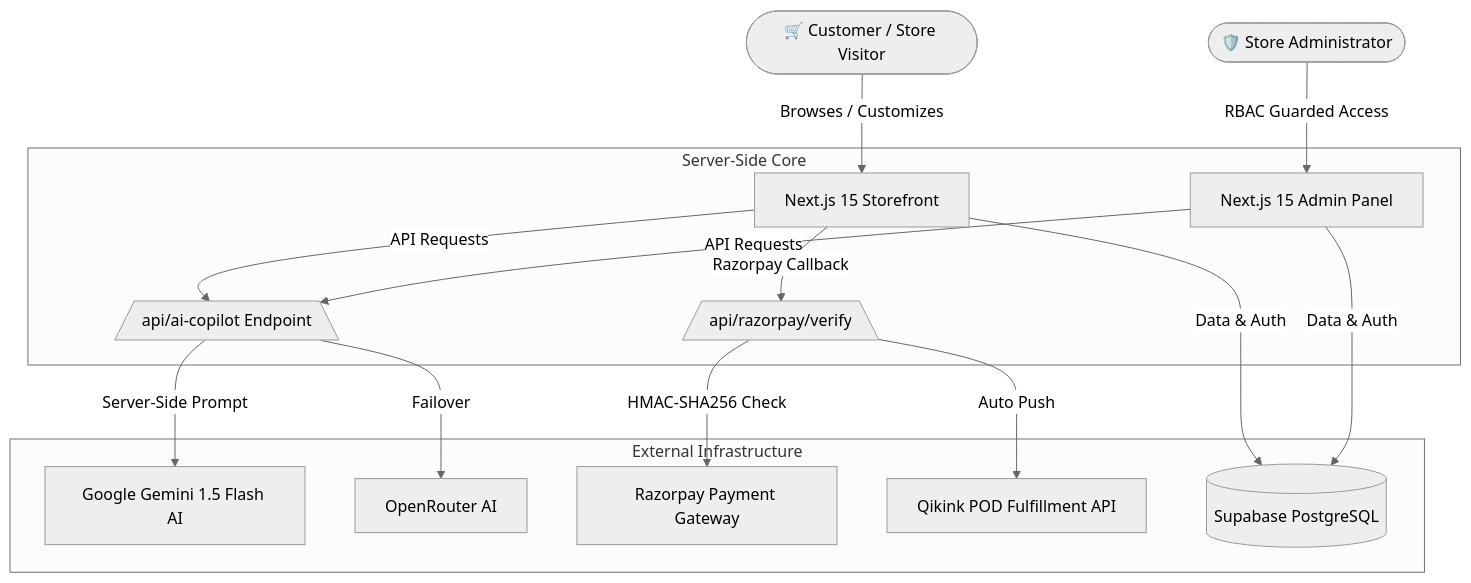
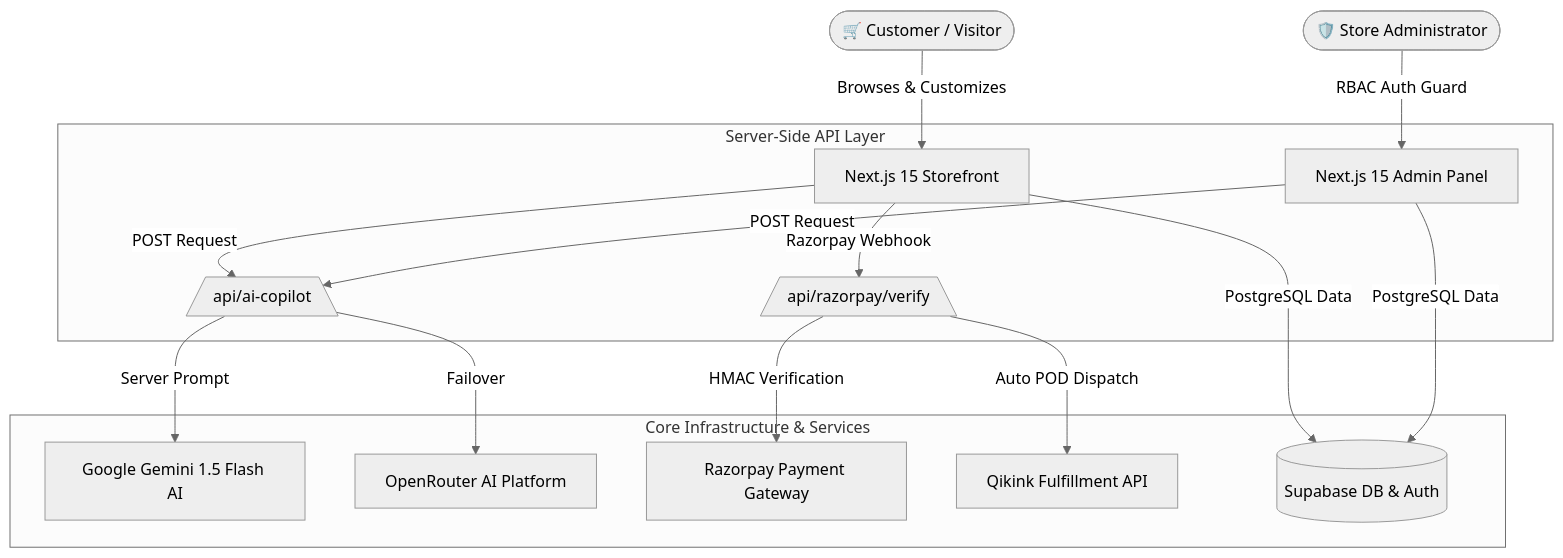
The diagram in README.md (Sohan-DevSpace/SohanCanSolo), drawn with Mermaid (neutral theme) before and after one commit. The commit also changed other lines of this file and 28 other files, not shown here.

Commit message:
feat: complete UI polish, Gemini 2.5 Flash OCR, dual Men & Women taxonomy, SVG logo, and production hackathon hardening

````diff
--- a/README.md
+++ b/README.md
@@ -93,20 +183,20 @@
 ```mermaid
 graph TD
-    User([🛒 Customer / Store Visitor]) -->|Browses / Customizes| NextApp[Next.js 15 Storefront]
-    Admin([🛡️ Store Administrator]) -->|RBAC Guarded Access| AdminPanel[Next.js 15 Admin Panel]
+    User([🛒 Customer / Visitor]) -->|Browses & Customizes| NextApp[Next.js 15 Storefront]
+    Admin([🛡️ Store Administrator]) -->|RBAC Auth Guard| AdminPanel[Next.js 15 Admin Panel]
     
-    subgraph Server-Side Core
-        NextApp -->|API Requests| AICopilot[/api/ai-copilot Endpoint\]
-        AdminPanel -->|API Requests| AICopilot
-        NextApp -->|Razorpay Callback| VerifyAPI[/api/razorpay/verify\]
+    subgraph Server-Side API Layer
+        NextApp -->|POST Request| AICopilot[/api/ai-copilot\]
+        AdminPanel -->|POST Request| AICopilot
+        NextApp -->|Razorpay Webhook| VerifyAPI[/api/razorpay/verify\]
     end
 
-    subgraph External Infrastructure
-        AICopilot -->|Server-Side Prompt| Gemini[Google Gemini 1.5 Flash AI]
-        AICopilot -->|Failover| OpenRouter[OpenRouter AI]
-        VerifyAPI -->|HMAC-SHA256 Check| Razorpay[Razorpay Payment Gateway]
-        VerifyAPI -->|Auto Push| Qikink[Qikink POD Fulfillment API]
-        NextApp -->|Data & Auth| Supabase[(Supabase PostgreSQL)]
-        AdminPanel -->|Data & Auth| Supabase
+    subgraph Core Infrastructure & Services
+        AICopilot -->|Server Prompt| Gemini[Google Gemini 1.5 Flash AI]
+        AICopilot -->|Failover| OpenRouter[OpenRouter AI Platform]
+        VerifyAPI -->|HMAC Verification| Razorpay[Razorpay Payment Gateway]
+        VerifyAPI -->|Auto POD Dispatch| Qikink[Qikink Fulfillment API]
+        NextApp -->|PostgreSQL Data| Supabase[(Supabase DB & Auth)]
+        AdminPanel -->|PostgreSQL Data| Supabase
     end
 ```
````
